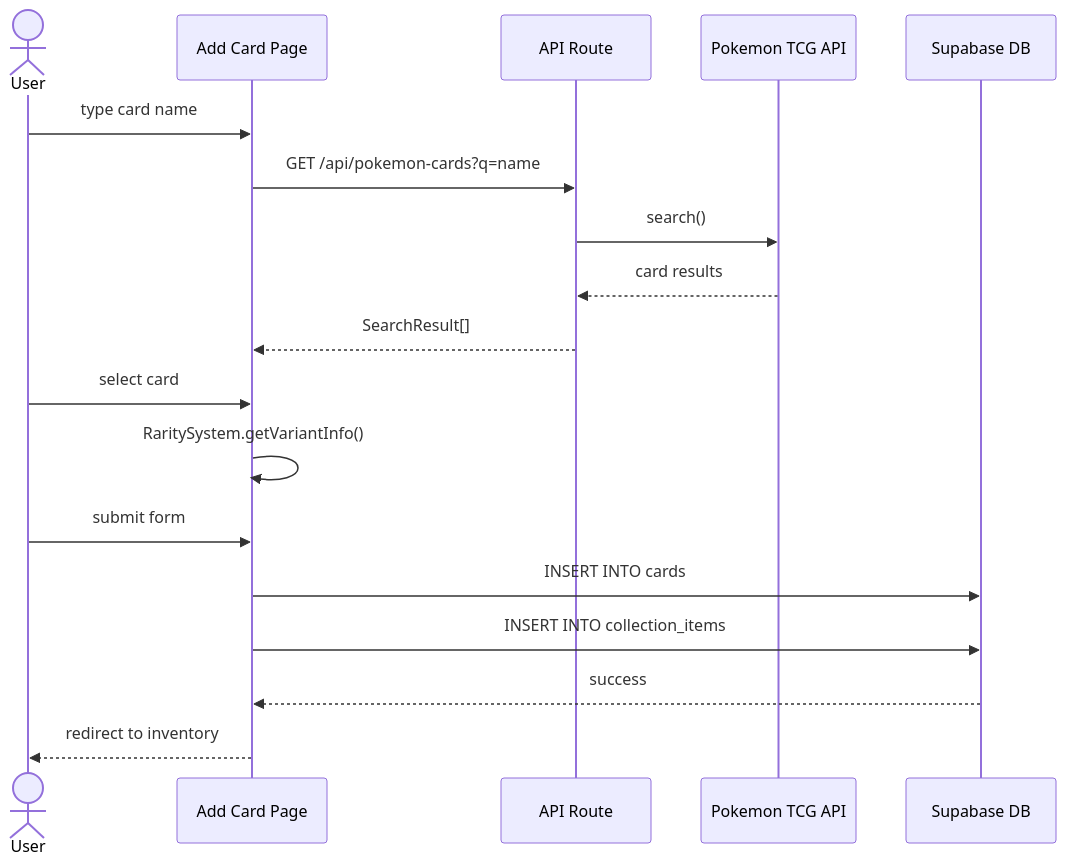
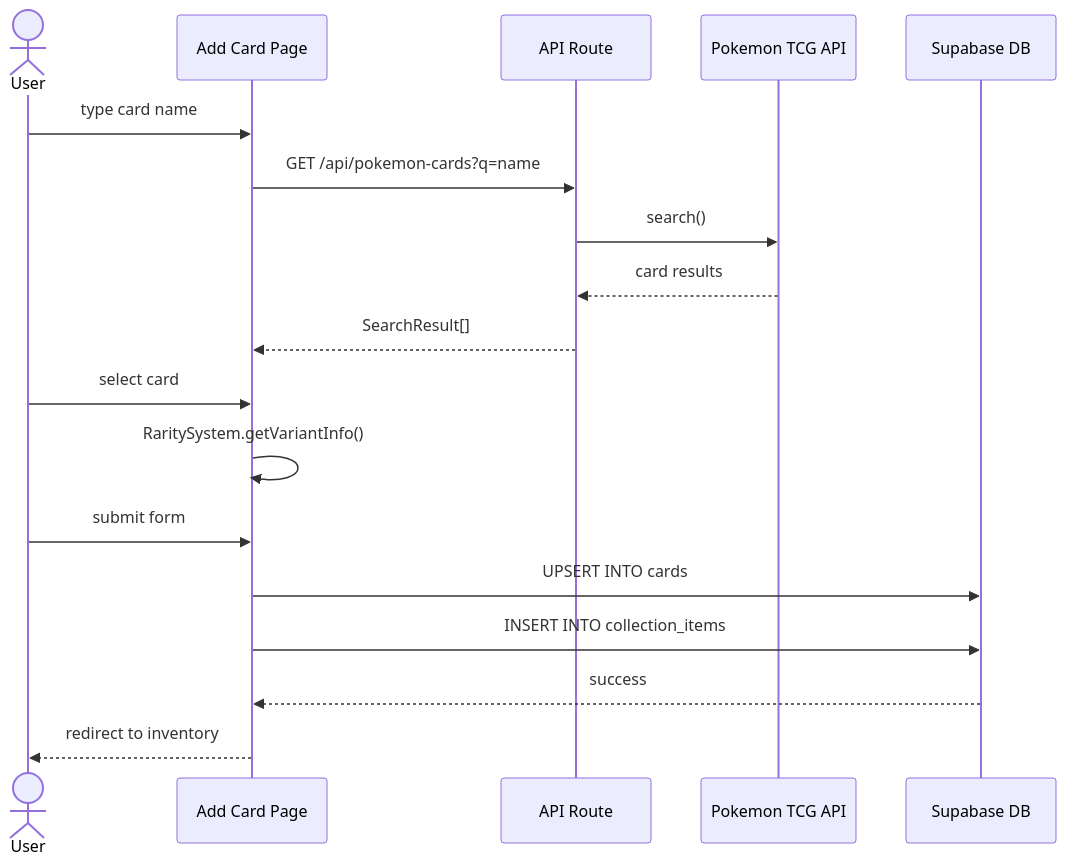
The seventh of 7 diagrams in docs/design.md (MIEtheDEV/Vaultset), drawn with Mermaid before and after one commit. The commit also changed other lines of this file and 64 other files, not shown here.

````diff
--- a/docs/design.md
+++ b/docs/design.md
@@ -217,23 +348,23 @@
 ```mermaid
 sequenceDiagram
     actor User
     participant Page as Add Card Page
     participant API as API Route
     participant TCG as Pokemon TCG API
     participant DB as Supabase DB
 
     User->>Page: type card name
     Page->>API: GET /api/pokemon-cards?q=name
     API->>TCG: search()
     TCG-->>API: card results
     API-->>Page: SearchResult[]
 
     User->>Page: select card
     Page->>Page: RaritySystem.getVariantInfo()
 
     User->>Page: submit form
-    Page->>DB: INSERT INTO cards
+    Page->>DB: UPSERT INTO cards
     Page->>DB: INSERT INTO collection_items
     DB-->>Page: success
     Page-->>User: redirect to inventory
 ```
````
